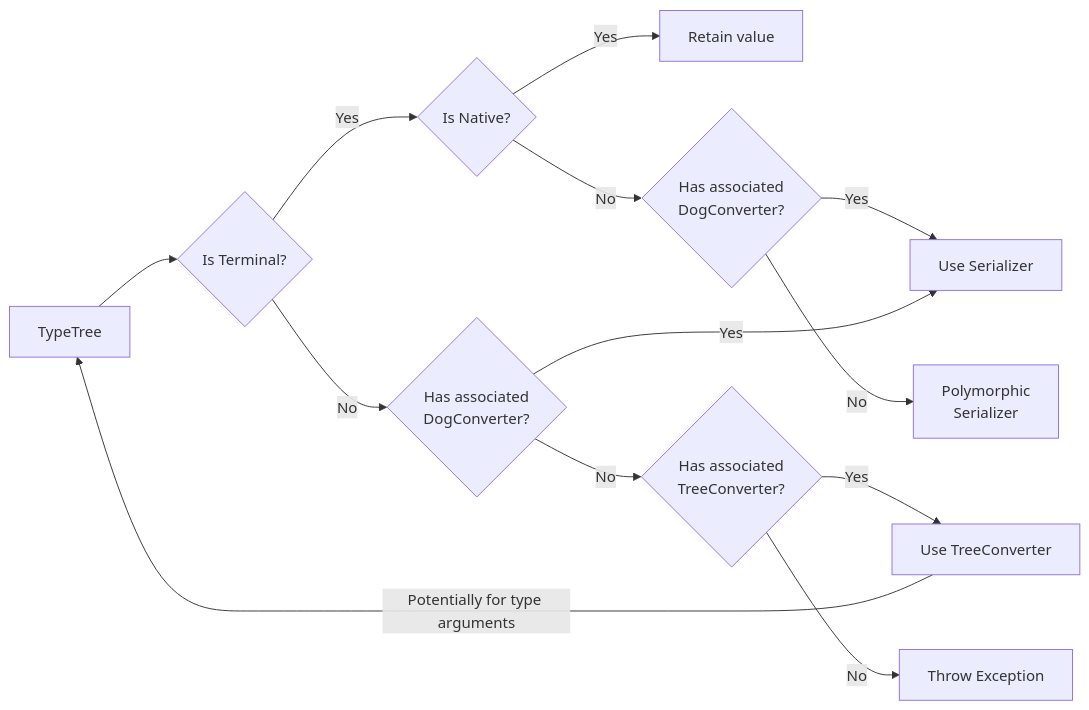
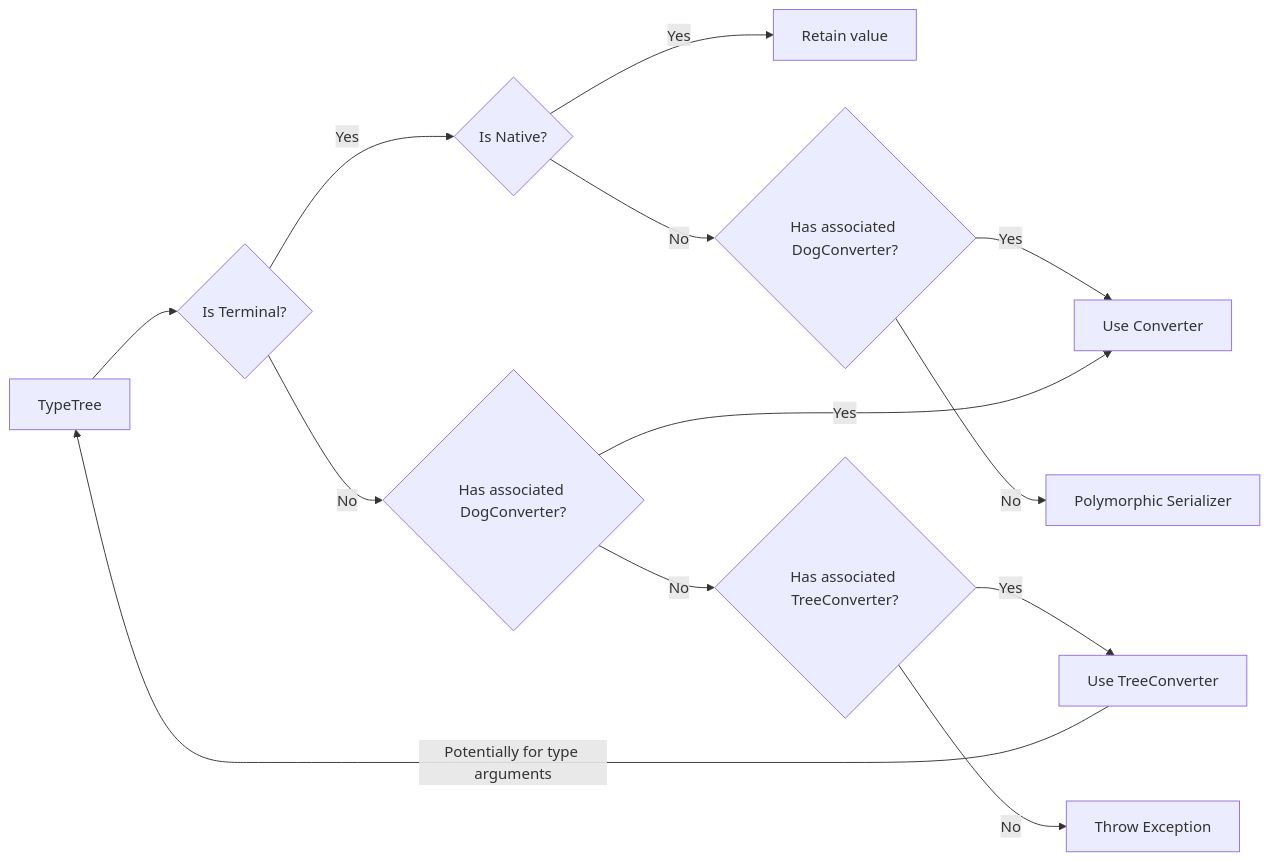
The diagram in docs/advanced/structures.md (helightdev/dogs), drawn with Mermaid before and after one commit. The commit also changed 3 other files, not shown here.

````diff
--- a/docs/advanced/structures.md
+++ b/docs/advanced/structures.md
@@ -83,15 +83,15 @@
 ``` mermaid
 graph LR
   A[TypeTree] --> B;
   B{Is Terminal?} -->|Yes| C;
   C{Is Native?} --> |Yes|D[Retain value];
   C --> |No| E;
-  E{Has associated\nDogConverter?} --> |Yes| F;
-  E --> |No| G[Polymorphic\nSerializer];
+  E{Has associated DogConverter?} --> |Yes| F;
+  E --> |No| G[Polymorphic Serializer];
   B --> |No| H;
-  H{Has associated\nDogConverter?} ---> |Yes| F[Use Serializer];
+  H{Has associated DogConverter?} ---> |Yes| F[Use Converter];
   H --> |No| I;
-  I{Has associated\nTreeConverter?} --> |Yes| J;
+  I{Has associated TreeConverter?} --> |Yes| J;
   J[Use TreeConverter] ----> |Potentially for type arguments| A;
   I --> |No| K[Throw Exception];
 ```
````
